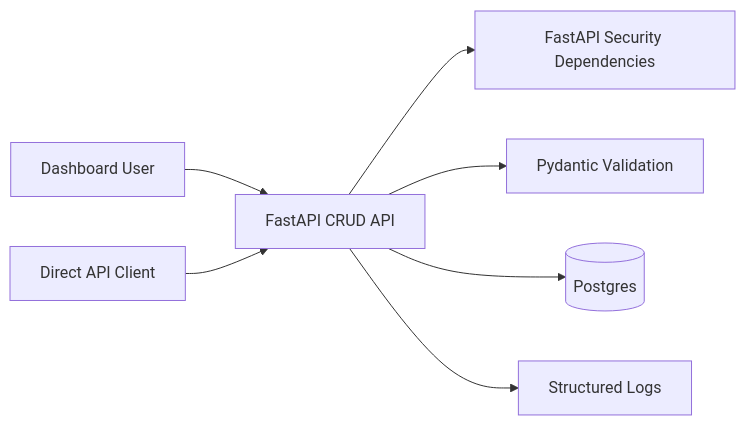
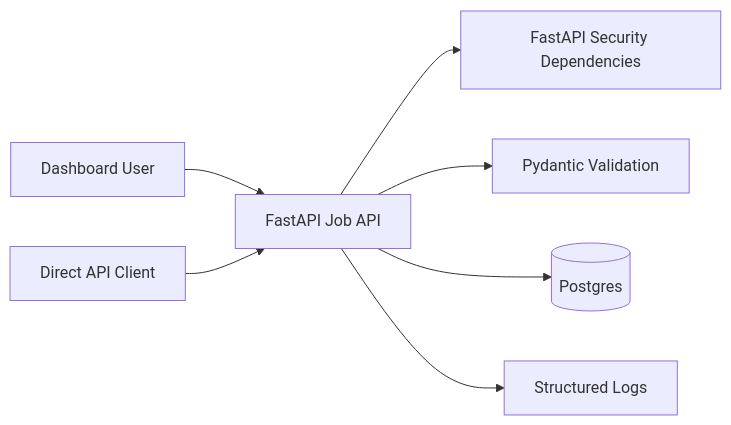
One commit to kamaldeep-backup/reach-assignment changed the first of 2 diagrams in docs/CRUD_SERVER.md. Above: the diagram before and after it, drawn with Mermaid. The commit also changed other lines of this file and 1 other file, not shown here.

````diff
--- a/docs/CRUD_SERVER.md
+++ b/docs/CRUD_SERVER.md
@@ -33,9 +33,9 @@
 ```mermaid
 flowchart LR
-  Dashboard[Dashboard User] --> API[FastAPI CRUD API]
+  Dashboard[Dashboard User] --> API[FastAPI Job API]
   DirectClient[Direct API Client] --> API
   API --> Auth[FastAPI Security Dependencies]
   API --> Validation[Pydantic Validation]
   API --> DB[(Postgres)]
   API --> Logs[Structured Logs]
 ```
````
